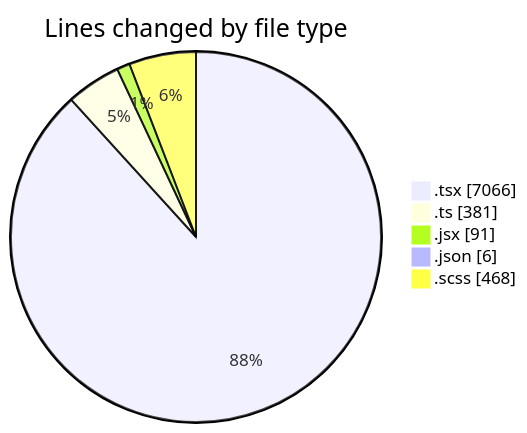
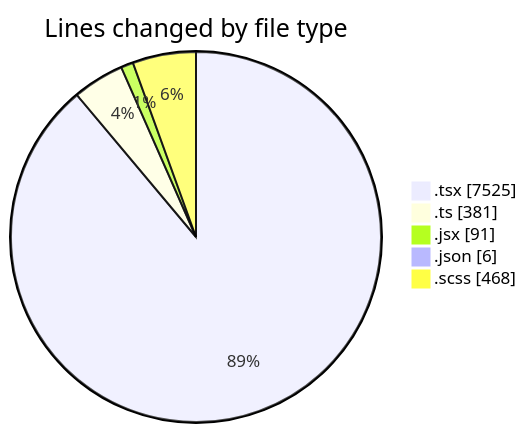
Before and after one commit to momahboobian/code-tracking: the first of 2 diagrams in 2026-04-27/cda/README.md, drawn with Mermaid. The commit also changed other lines of this file and 1 other file, not shown here.

````diff
--- a/2026-04-27/cda/README.md
+++ b/2026-04-27/cda/README.md
@@ -46,9 +46,9 @@
 ```mermaid
 pie showData
 title Lines changed by file type
-".tsx" : 7066
+".tsx" : 7525
 ".ts" : 381
 ".jsx" : 91
 ".json" : 6
 ".scss" : 468
 ```
````
